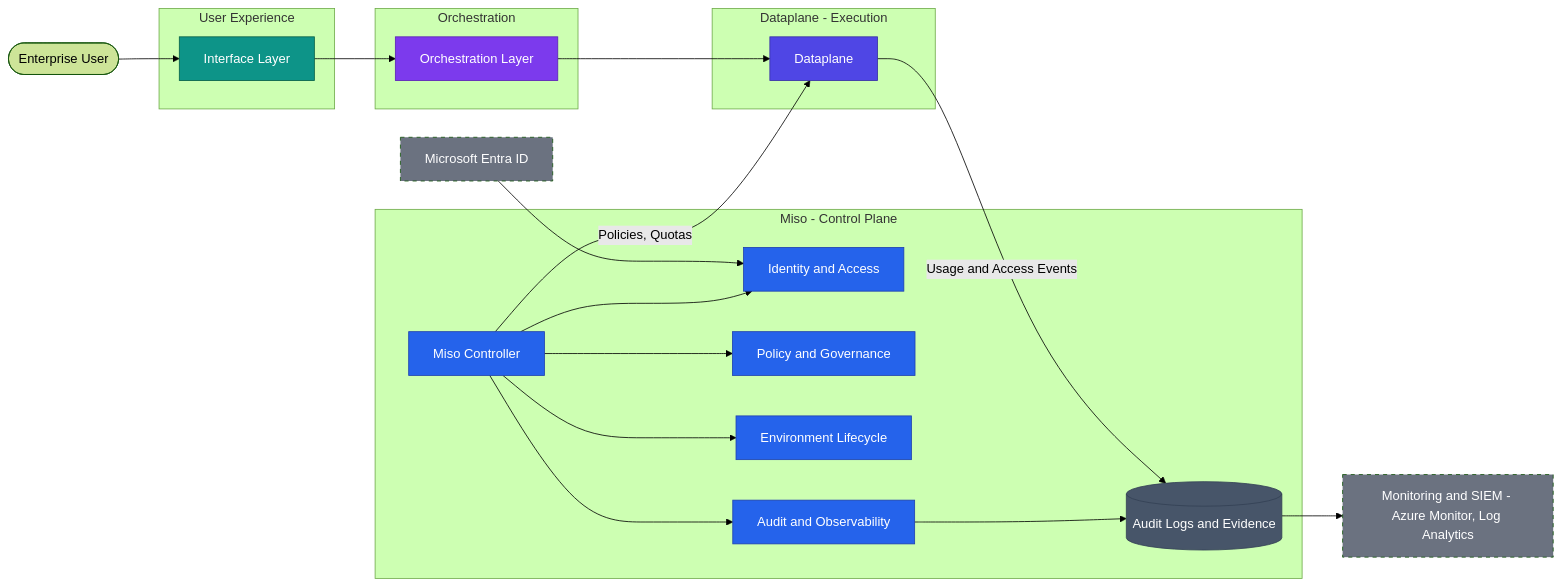
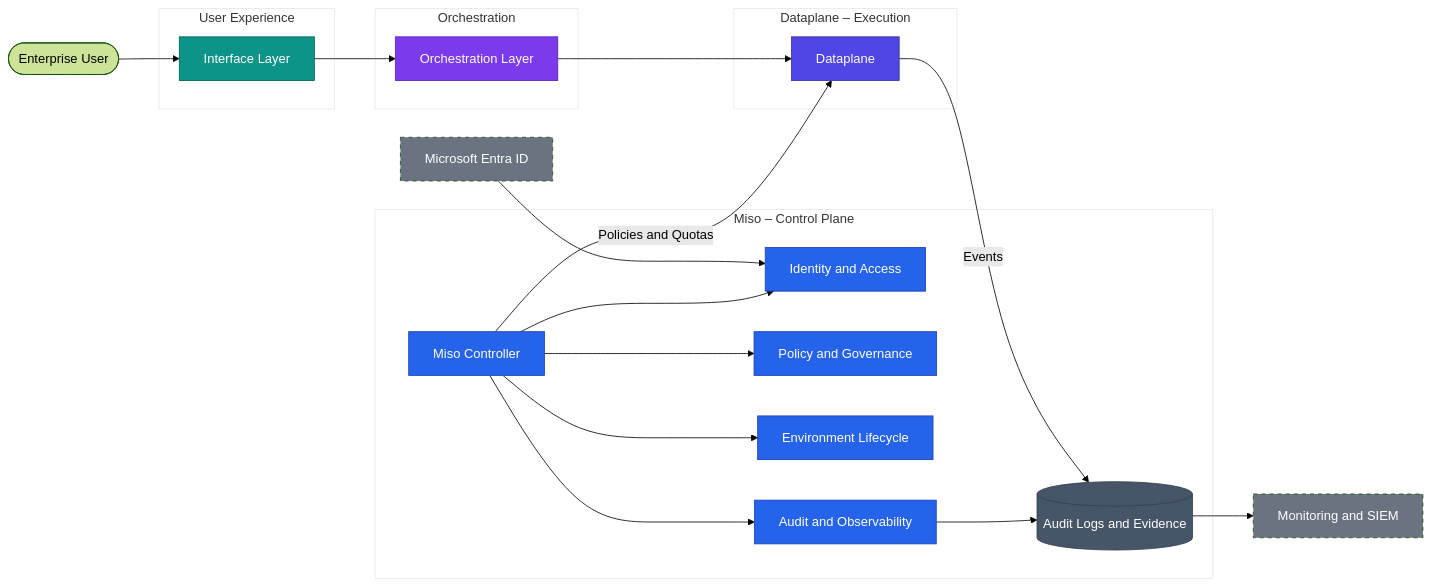
The diagram in docs/controller-layer-miso/controller-layer-miso.md (esystemsdev/aifabrix-docs), drawn with Mermaid (forest theme) before and after one commit. The commit also changed 5 other files, not shown here.

First line of the commit message:
docs: update controller, orchestration, interface, enterprise, open-standards, and d360 handoff

````diff
--- a/docs/controller-layer-miso/controller-layer-miso.md
+++ b/docs/controller-layer-miso/controller-layer-miso.md
@@ -56,48 +56,65 @@
 ```mermaid
 flowchart LR
 
-classDef control fill:#2563EB,color:#ffffff,stroke:#1E40AF;
-classDef core fill:#4F46E5,color:#ffffff,stroke:#3730A3;
-classDef flow fill:#7C3AED,color:#ffffff,stroke:#5B21B6;
-classDef ui fill:#0D9488,color:#ffffff,stroke:#065F46;
-classDef data fill:#475569,color:#ffffff,stroke:#334155;
-classDef external fill:#6B7280,color:#ffffff,stroke-dasharray: 5 5;
+%% ==================================================
+%% Class Definitions (Mandatory) [cite: 68-75]
+%% ==================================================
+classDef control fill:#2563EB,color:#ffffff,stroke:#1E40AF
+classDef core fill:#4F46E5,color:#ffffff,stroke:#3730A3
+classDef flow fill:#7C3AED,color:#ffffff,stroke:#5B21B6
+classDef ui fill:#0D9488,color:#ffffff,stroke:#065F46
+classDef data fill:#475569,color:#ffffff,stroke:#334155
+classDef external fill:#6B7280,color:#ffffff,stroke-dasharray: 5 5
 
+%% Neutralize subgraph backgrounds for architectural neutrality [cite: 144]
+style ux fill:none,stroke:#E2E8F0
+style orchestration fill:none,stroke:#E2E8F0
+style control_plane fill:none,stroke:#E2E8F0
+style data_plane fill:none,stroke:#E2E8F0
+
+%% ==================================================
+%% Nodes & Subgraphs [cite: 83, 91-100]
+%% ==================================================
 user([Enterprise User])
-
-entra["Microsoft Entra ID"]:::external
-monitoring["Monitoring and SIEM - Azure Monitor, Log Analytics"]:::external
+entra_id["Microsoft Entra ID"]:::external
+monitoring["Monitoring and SIEM"]:::external
 
 subgraph ux["User Experience"]
-  interface["Interface Layer"]:::ui
+    interface["Interface Layer"]:::ui
 end
 
 subgraph orchestration["Orchestration"]
-  orchestrator["Orchestration Layer"]:::flow
+    orchestrator["Orchestration Layer"]:::flow
 end
 
-subgraph control_plane["Miso - Control Plane"]
-  miso["Miso Controller"]:::control
-  identity["Identity and Access"]:::control
-  policy["Policy and Governance"]:::control
-  lifecycle["Environment Lifecycle"]:::control
-  audit["Audit and Observability"]:::control
-  audit_store[(Audit Logs and Evidence)]:::data
+subgraph control_plane["Miso – Control Plane"]
+    miso["Miso Controller"]:::control
+    identity["Identity and Access"]:::control
+    policy["Policy and Governance"]:::control
+    lifecycle["Environment Lifecycle"]:::control
+    audit["Audit and Observability"]:::control
+    audit_store[("Audit Logs and Evidence")]:::data
 end
 
-subgraph data_plane["Dataplane - Execution"]
-  dataplane["Dataplane"]:::core
+subgraph data_plane["Dataplane – Execution"]
+    dataplane["Dataplane"]:::core
 end
 
-user --> interface --> orchestrator --> dataplane
+%% ==================================================
+%% Relationships & Flow [cite: 101-107]
+%% ==================================================
+user --> interface
+interface --> orchestrator
+orchestrator --> dataplane
 
-entra --> identity
+entra_id --> identity
 miso --> identity
 miso --> policy
 miso --> lifecycle
 miso --> audit
 
-miso -->|Policies, Quotas| dataplane
-dataplane -->|Usage and Access Events| audit_store
-audit --> audit_store --> monitoring
+miso -->|Policies and Quotas| dataplane
+dataplane -->|Events| audit_store
+audit --> audit_store
+audit_store --> monitoring
 ```
````
